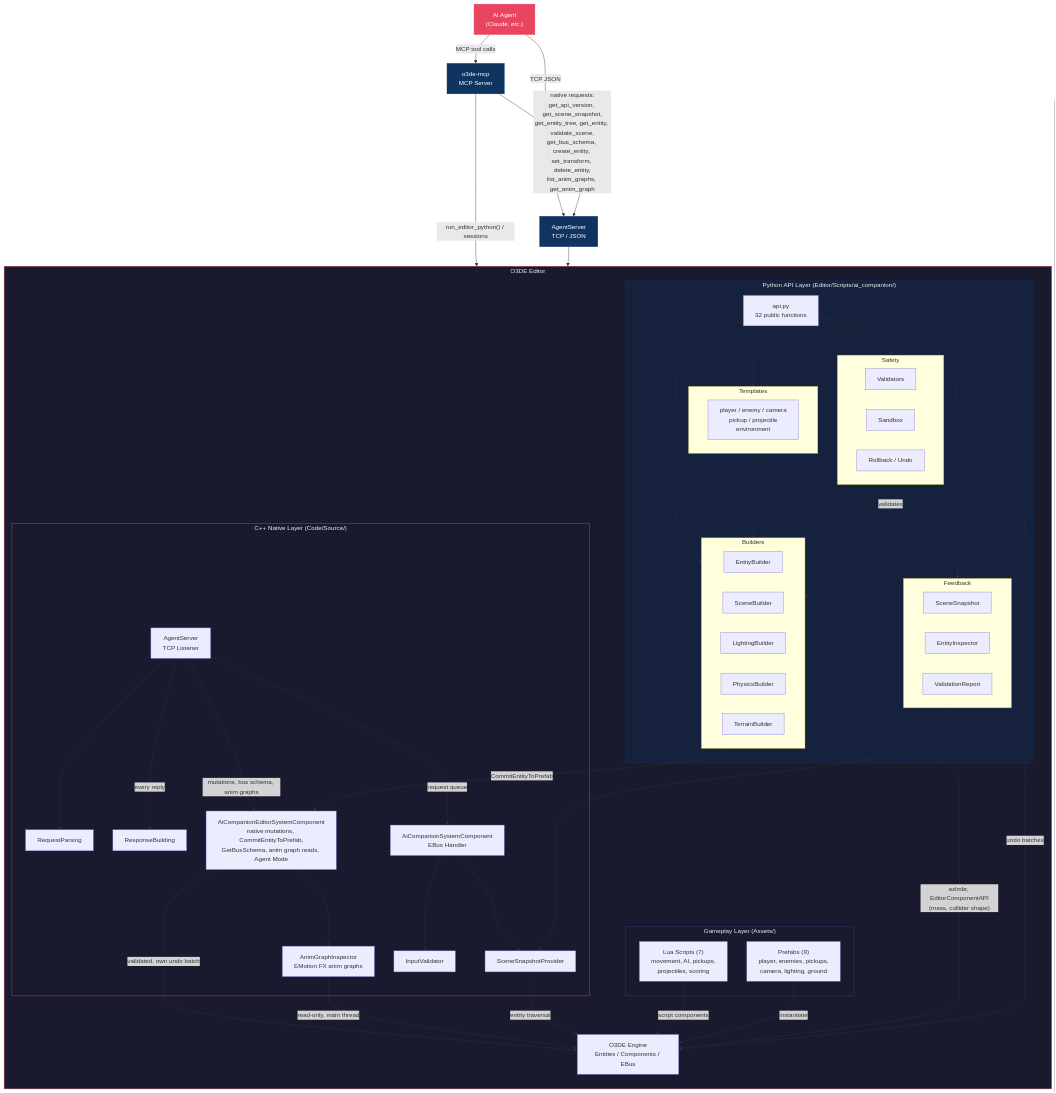
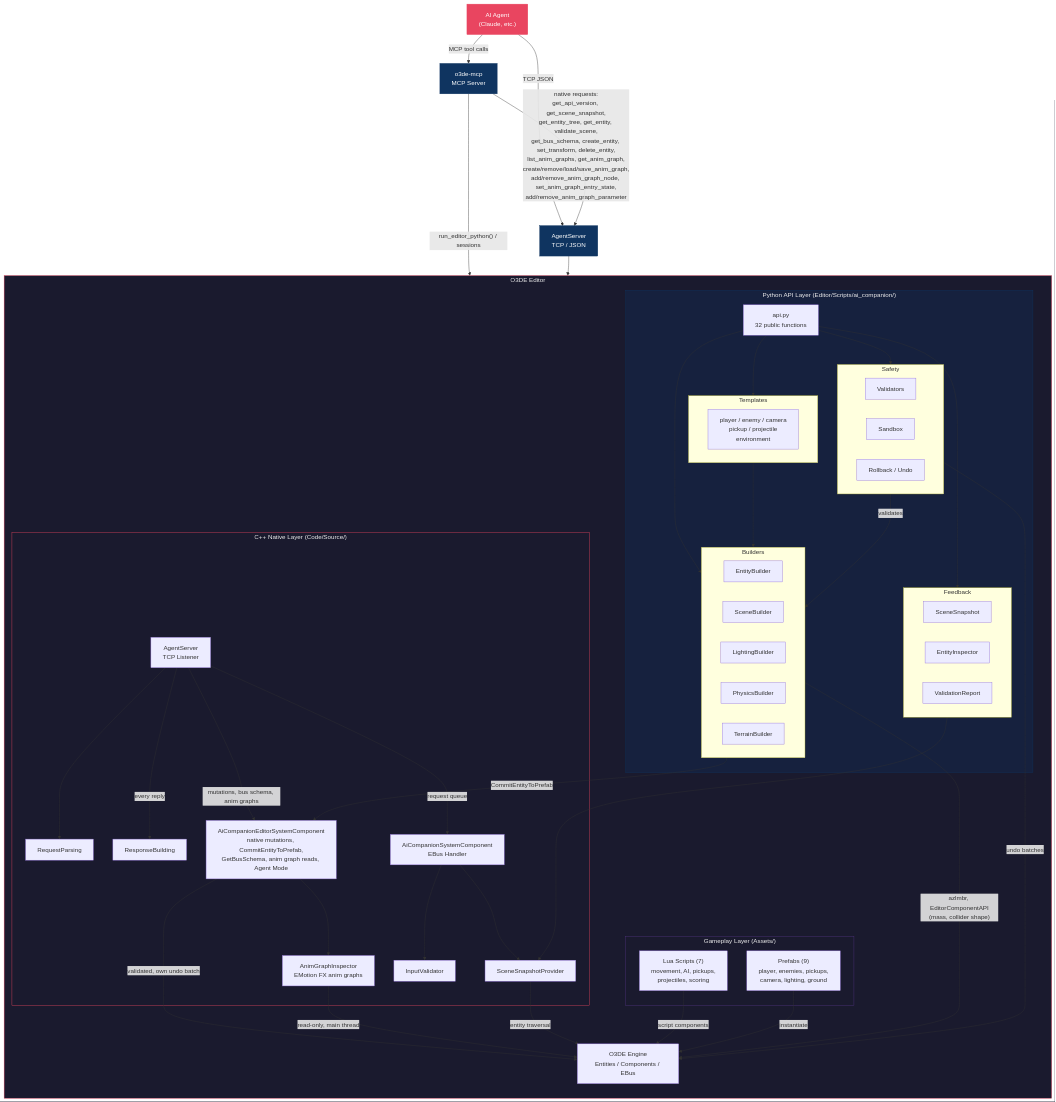
Before and after one commit to nickschuetz/o3de-ai-companion-gem: the diagram in Docs/architecture.md, drawn with Mermaid. The commit also changed other lines of this file and 21 other files, not shown here.

```diff
--- a/Docs/architecture.md
+++ b/Docs/architecture.md
@@ -72,7 +72,7 @@
     Agent -->|"MCP tool calls"| MCP
     Agent -->|"TCP JSON"| AgentSrv
     MCP -->|"run_editor_python() / sessions"| API
-    MCP -->|"native requests:<br/>get_api_version, get_scene_snapshot,<br/>get_entity_tree, get_entity, validate_scene,<br/>get_bus_schema, create_entity, set_transform, delete_entity,<br/>list_anim_graphs, get_anim_graph"| AgentSrv
+    MCP -->|"native requests:<br/>get_api_version, get_scene_snapshot,<br/>get_entity_tree, get_entity, validate_scene,<br/>get_bus_schema, create_entity, set_transform, delete_entity,<br/>list_anim_graphs, get_anim_graph,<br/>create/remove/load/save_anim_graph,<br/>add/remove_anim_graph_node, set_anim_graph_entry_state,<br/>add/remove_anim_graph_parameter"| AgentSrv
     AgentSrv --> AS
     AS --> RP
     AS -->|"every reply"| RSP
```
